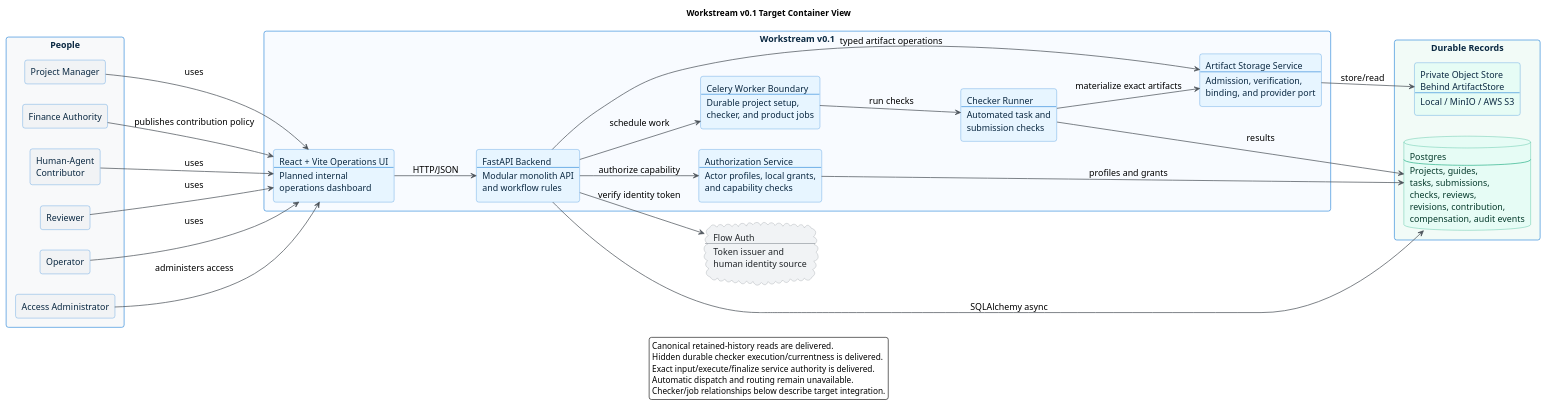
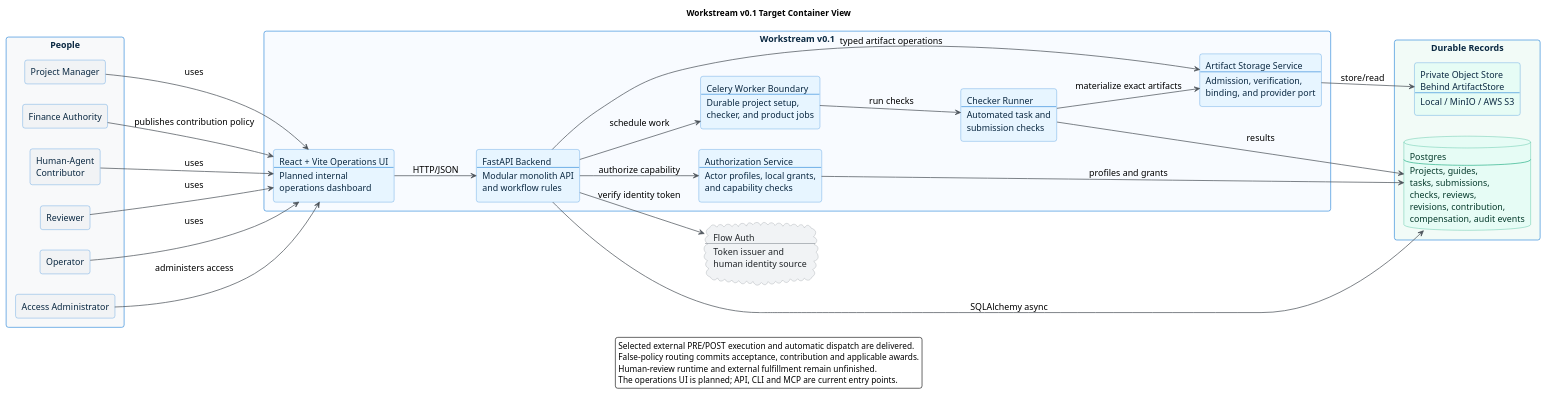
One commit to Flow-Research/workstream changed the diagram in docs/diagrams/workstream_v01_container.puml. Above: the diagram before and after it, drawn with PlantUML. The commit also changed 43 other files, not shown here.

```diff
--- a/docs/diagrams/workstream_v01_container.puml
+++ b/docs/diagrams/workstream_v01_container.puml
@@ -1,82 +1,81 @@
 @startuml workstream_v01_container
 title Workstream v0.1 Target Container View
 
 left to right direction
 
 skinparam backgroundColor #FFFFFF
 skinparam shadowing false
 skinparam roundcorner 8
 skinparam defaultFontName Arial
 skinparam defaultFontSize 15
 skinparam ArrowColor #495057
 skinparam ArrowThickness 1.2
 skinparam packageStyle rectangle
 skinparam rectangle {
   BorderColor #1C7ED6
   BackgroundColor #E7F5FF
   FontColor #0B2942
 }
 skinparam database {
   BorderColor #0CA678
   BackgroundColor #E6FCF5
   FontColor #063B2C
 }
 skinparam cloud {
   BorderColor #868E96
   BackgroundColor #F1F3F5
   FontColor #212529
 }
 
 package "People" #F8F9FA {
   rectangle "Project Manager" as project_manager #F1F3F5
   rectangle "Finance Authority" as finance_authority #F1F3F5
   rectangle "Human-Agent\nContributor" as contributor #F1F3F5
   rectangle "Reviewer" as reviewer #F1F3F5
   rectangle "Operator" as operator #F1F3F5
   rectangle "Access Administrator" as access_administrator #F1F3F5
 }
 
 cloud "Flow Auth\n----\nToken issuer and\nhuman identity source" as flow_auth
 
 package "Workstream v0.1" #F8FBFF {
   rectangle "React + Vite Operations UI\n----\nPlanned internal\noperations dashboard" as frontend
   rectangle "FastAPI Backend\n----\nModular monolith API\nand workflow rules" as api
   rectangle "Authorization Service\n----\nActor profiles, local grants,\nand capability checks" as authorization
   rectangle "Celery Worker Boundary\n----\nDurable project setup,\nchecker, and product jobs" as jobs
   rectangle "Checker Runner\n----\nAutomated task and\nsubmission checks" as checker
   rectangle "Artifact Storage Service\n----\nAdmission, verification,\nbinding, and provider port" as storage_adapter
 }
 
 package "Durable Records" #F2FBF7 {
   database "Postgres\n----\nProjects, guides,\ntasks, submissions,\nchecks, reviews,\nrevisions, contribution,\ncompensation, audit events" as postgres
   rectangle "Private Object Store\nBehind ArtifactStore\n----\nLocal / MinIO / AWS S3" as file_store #E6FCF5
 }
 
 project_manager --> frontend : uses
 finance_authority --> frontend : publishes contribution policy
 contributor --> frontend : uses
 reviewer --> frontend : uses
 operator --> frontend : uses
 access_administrator --> frontend : administers access
 
 frontend --> api : HTTP/JSON
 api --> flow_auth : verify identity token
 api --> authorization : authorize capability
 authorization --> postgres : profiles and grants
 api --> postgres : SQLAlchemy async
 api --> storage_adapter : typed artifact operations
 api --> jobs : schedule work
 jobs --> checker : run checks
 checker --> postgres : results
 checker --> storage_adapter : materialize exact artifacts
 storage_adapter --> file_store : store/read
 
 legend bottom
-  Canonical retained-history reads are delivered.
-  Hidden durable checker execution/currentness is delivered.
-  Exact input/execute/finalize service authority is delivered.
-  Automatic dispatch and routing remain unavailable.
-  Checker/job relationships below describe target integration.
+  Selected external PRE/POST execution and automatic dispatch are delivered.
+  False-policy routing commits acceptance, contribution and applicable awards.
+  Human-review runtime and external fulfillment remain unfinished.
+  The operations UI is planned; API, CLI and MCP are current entry points.
 endlegend
 
 @enduml
```
